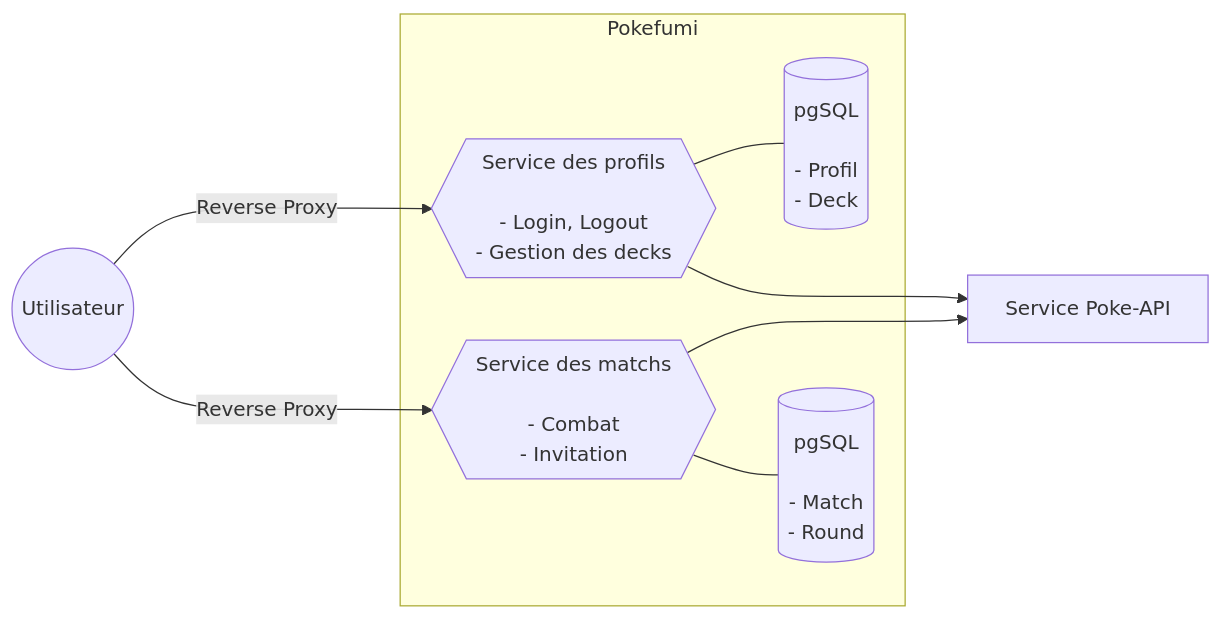
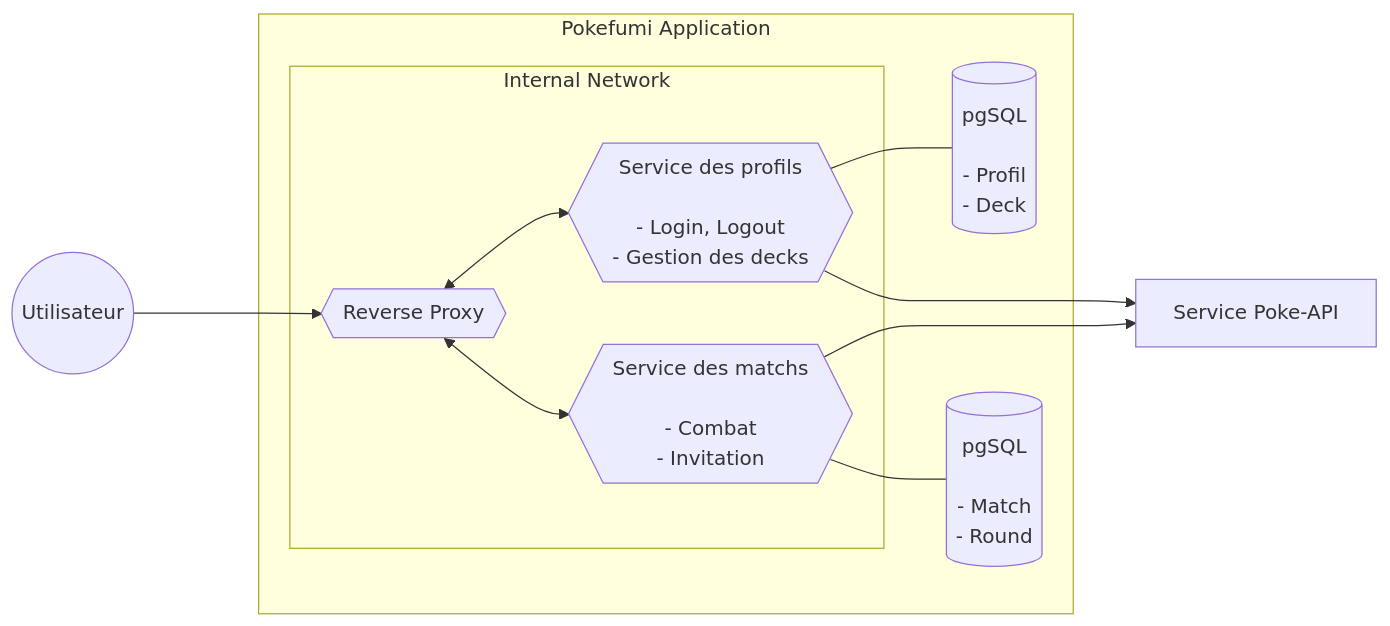
Before and after one commit to Naedri/Microservices-pokefumi: the second of 3 diagrams in README.md, drawn with Mermaid. The commit also changed other lines of this file and 1 other file, not shown here.

````diff
--- a/README.md
+++ b/README.md
@@ -80,21 +80,26 @@
 ```mermaid
 graph LR
     %%variable
     U((Utilisateur))
+    S_RP{{Reverse Proxy}}
     S_U{{Service des profils<br/><br/>- Login, Logout<br/>- Gestion des decks}}
     D_U[(pgSQL<br/><br/>- Profil<br/>- Deck)]
     S_M{{Service des matchs<br/><br/>- Combat<br/>- Invitation}}
     D_M[(pgSQL<br/><br/>- Match<br/>- Round)]
     S_P[Service Poke-API]
     %%relation
+    U ---> S_RP
     S_U --- D_U
-    U --->|Reverse Proxy| S_U & S_M ---> S_P
+    S_RP <--> S_U & S_M ---> S_P
     S_M --- D_M
     %%structure
-    subgraph Pokefumi
-    S_U
+    subgraph Pokefumi Application
+        subgraph Internal Network        
+        S_RP
+        S_U
+        S_M
+        end
     D_U
-    S_M
     D_M
     end
 ```
````
